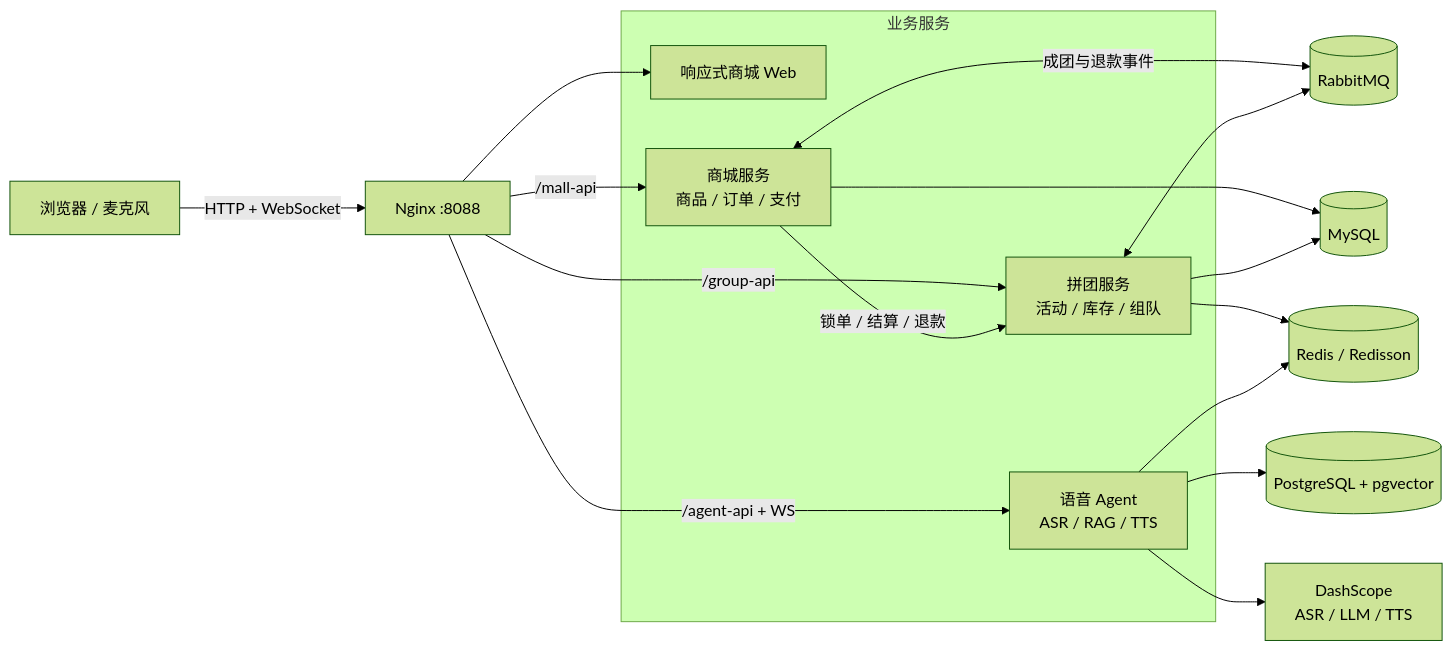
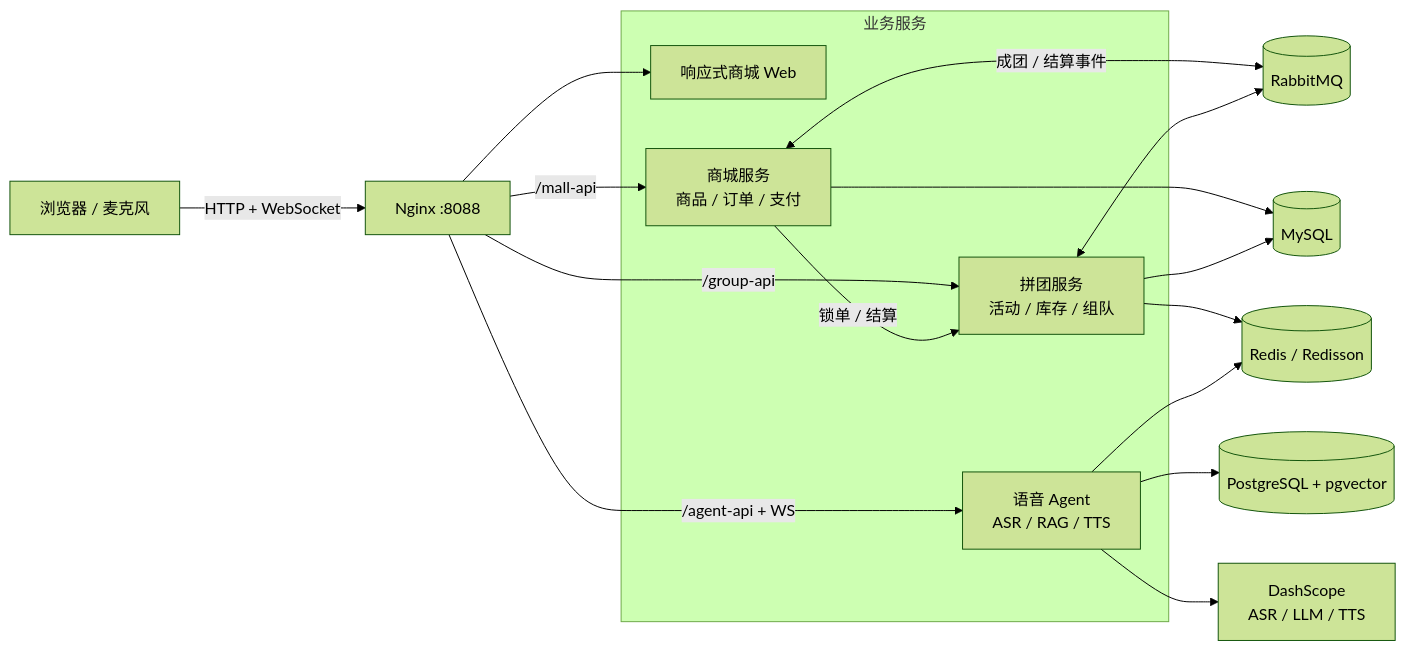
Before and after one commit to zhong231/aipintuan-ai-mall: the second of 3 diagrams in README.md, drawn with Mermaid (forest theme). The commit also changed other lines of this file, not shown here.

````diff
--- a/README.md
+++ b/README.md
@@ -79,26 +79,26 @@
 ```mermaid
 flowchart LR
     U[浏览器 / 麦克风] -->|HTTP + WebSocket| N[Nginx :8088]
 
     subgraph APP[业务服务]
         W[响应式商城 Web]
         M[商城服务<br/>商品 / 订单 / 支付]
         G[拼团服务<br/>活动 / 库存 / 组队]
         A[语音 Agent<br/>ASR / RAG / TTS]
     end
 
     N --> W
     N -->|/mall-api| M
     N -->|/group-api| G
     N -->|/agent-api + WS| A
 
-    M -->|锁单 / 结算 / 退款| G
-    M <-->|成团与退款事件| MQ[(RabbitMQ)]
+    M -->|锁单 / 结算| G
+    M <-->|成团 / 结算事件| MQ[(RabbitMQ)]
     G <--> MQ
     M --> MY[(MySQL)]
     G --> MY
     G --> R[(Redis / Redisson)]
     A --> P[(PostgreSQL + pgvector)]
     A --> R
     A --> Q[DashScope<br/>ASR / LLM / TTS]
 ```
````
